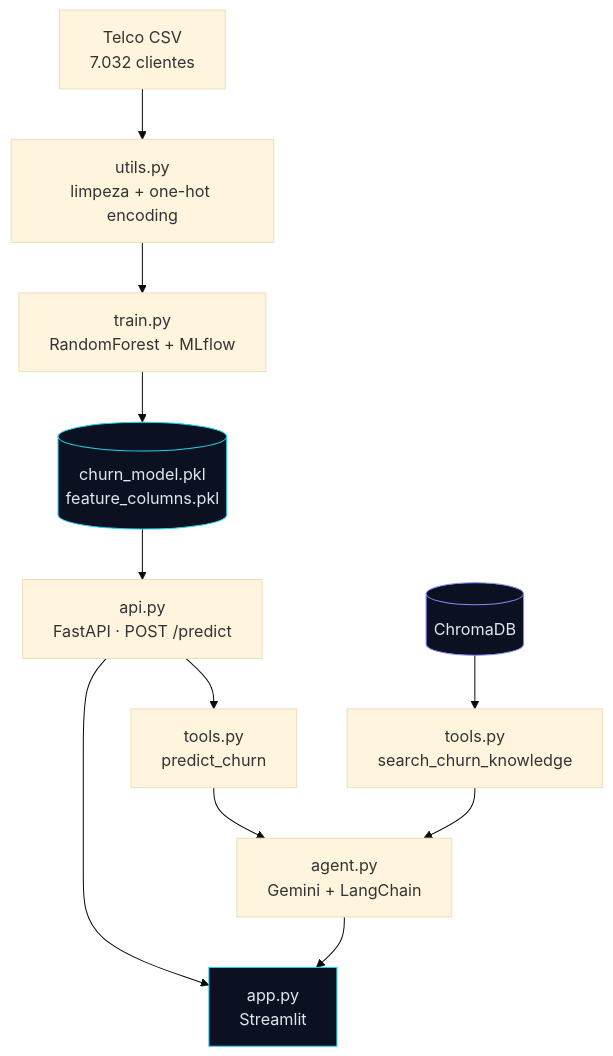
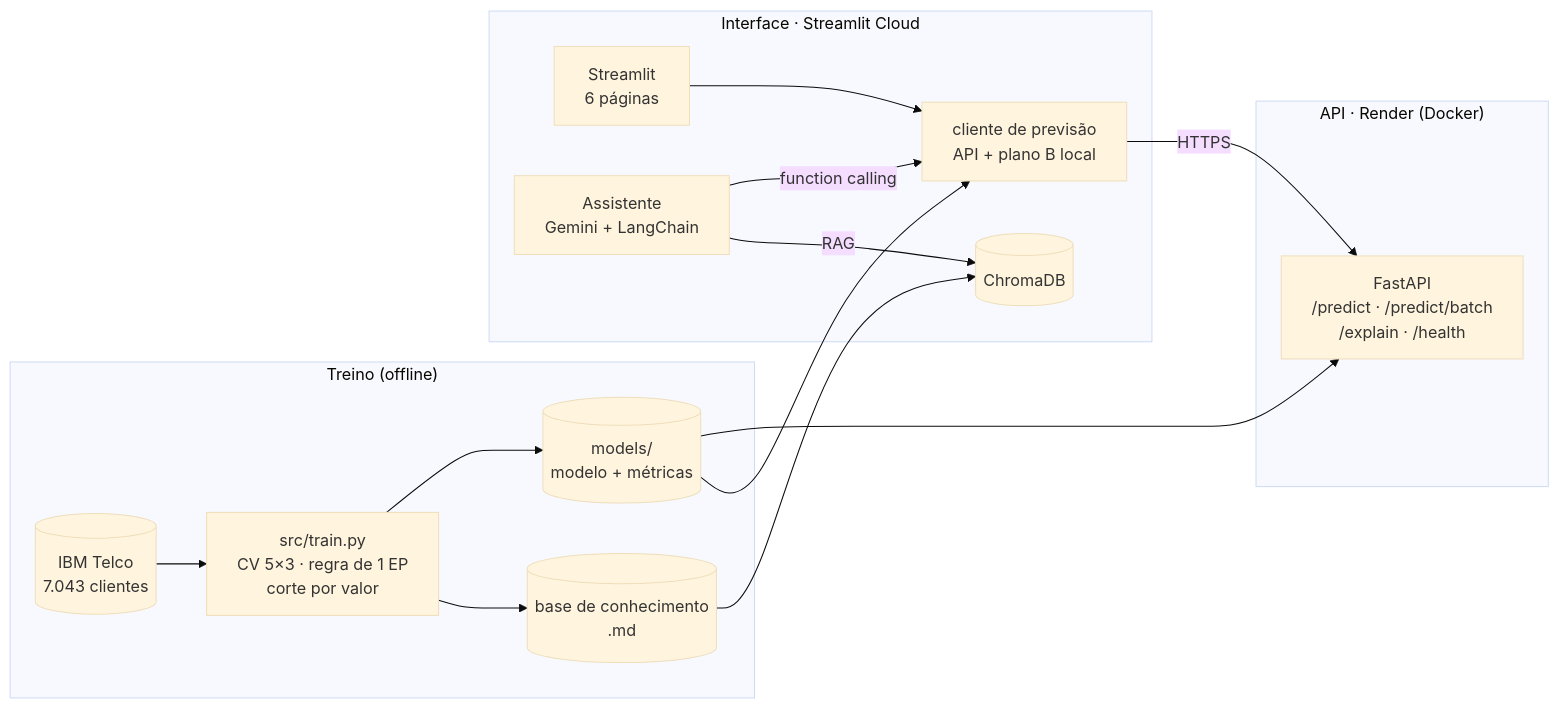
One commit to EduardoHenrique15/churn-prediction-copilot changed the diagram in README.md. Above: the diagram before and after it, drawn with Mermaid (base theme). The commit also changed other lines of this file and 104 other files, not shown here.

Commit message:
v2: modelo calibrado, API, interface e assistente reescritos

````diff
--- a/README.md
+++ b/README.md
@@ -25,17 +73,20 @@
 ```mermaid
-flowchart TD
-    A[Telco CSV<br/>7.032 clientes] --> B[utils.py<br/>limpeza + one-hot encoding]
-    B --> C[train.py<br/>RandomForest + MLflow]
-    C --> D[(churn_model.pkl<br/>feature_columns.pkl)]
-    D --> E[api.py<br/>FastAPI · POST /predict]
-    E --> F[app.py<br/>Streamlit]
-    E --> G[tools.py<br/>predict_churn]
-    G --> H[agent.py<br/>Gemini + LangChain]
-    K[(ChromaDB)] --> L[tools.py<br/>search_churn_knowledge]
-    L --> H
-    H --> F
-
-    style D fill:#0B1120,stroke:#22D3EE,color:#E2E8F0
-    style K fill:#0B1120,stroke:#818CF8,color:#E2E8F0
-    style F fill:#0B1120,stroke:#22D3EE,color:#E2E8F0
+flowchart LR
+    subgraph treino["Treino (offline)"]
+        D[("IBM Telco<br/>7.043 clientes")] --> T["src/train.py<br/>CV 5×3 · regra de 1 EP<br/>corte por valor"]
+        T --> M[("models/<br/>modelo + métricas")]
+        T --> K[("base de conhecimento<br/>.md")]
+    end
+    subgraph render["API · Render (Docker)"]
+        A["FastAPI<br/>/predict · /predict/batch<br/>/explain · /health"]
+    end
+    subgraph cloud["Interface · Streamlit Cloud"]
+        U["Streamlit<br/>6 páginas"] --> C["cliente de previsão<br/>API + plano B local"]
+        G["Assistente<br/>Gemini + LangChain"] -->|function calling| C
+        G -->|RAG| V[("ChromaDB")]
+    end
+    M --> A
+    M --> C
+    K --> V
+    C -->|HTTPS| A
 ```
````
